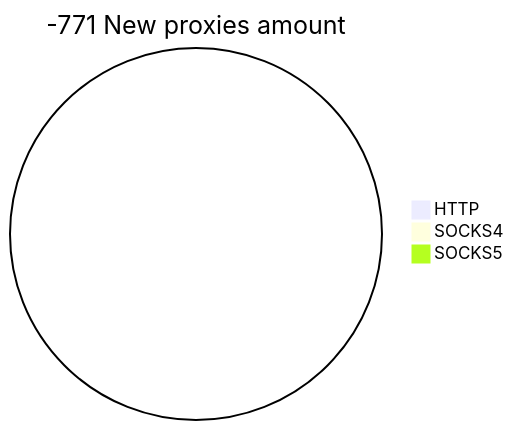
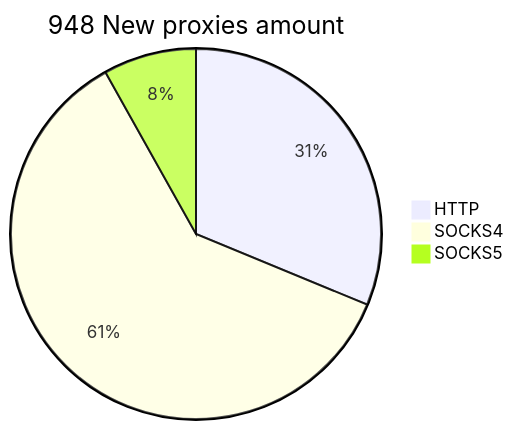
The second of 2 diagrams in README.md (cutipu/proxylist), drawn with Mermaid before and after one commit. The commit also changed other lines of this file, not shown here.

````diff
--- a/README.md
+++ b/README.md
@@ -10,6 +10,6 @@
 ```mermaid
-pie title -771 New proxies amount
-    "HTTP" : 0
-    "SOCKS4" : 0
-    "SOCKS5" : 0
+pie title 948 New proxies amount
+    "HTTP" : 296
+    "SOCKS4" : 575
+    "SOCKS5" : 77
 ```
````
